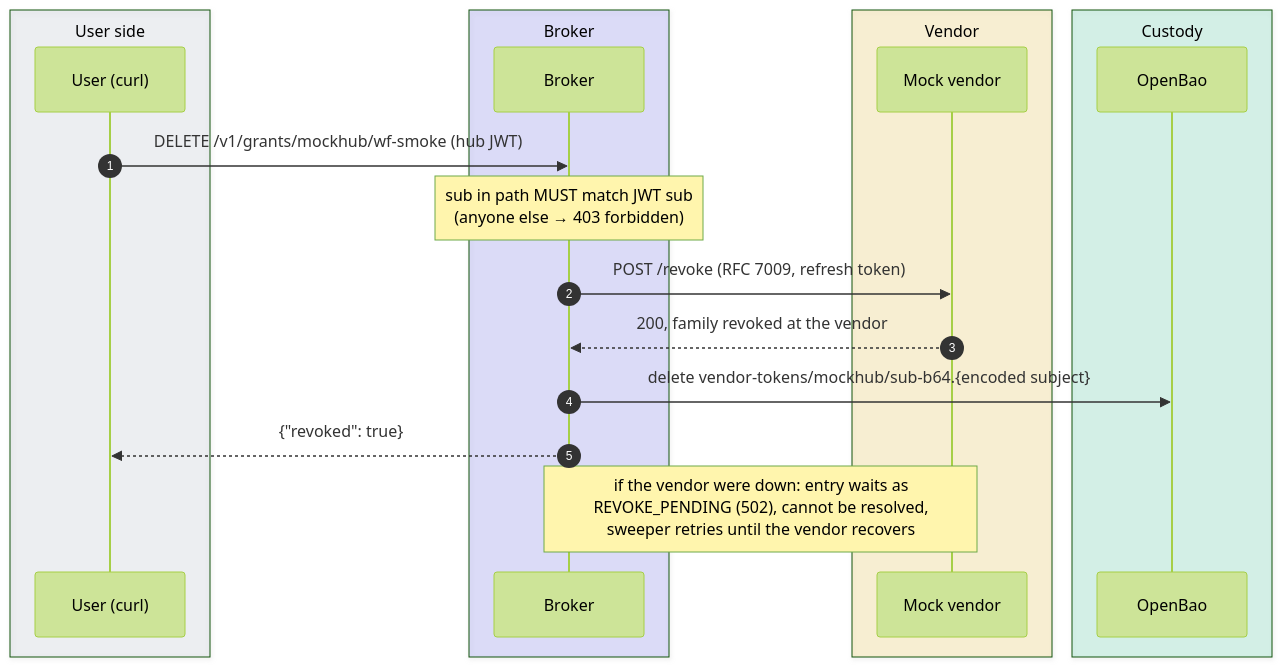
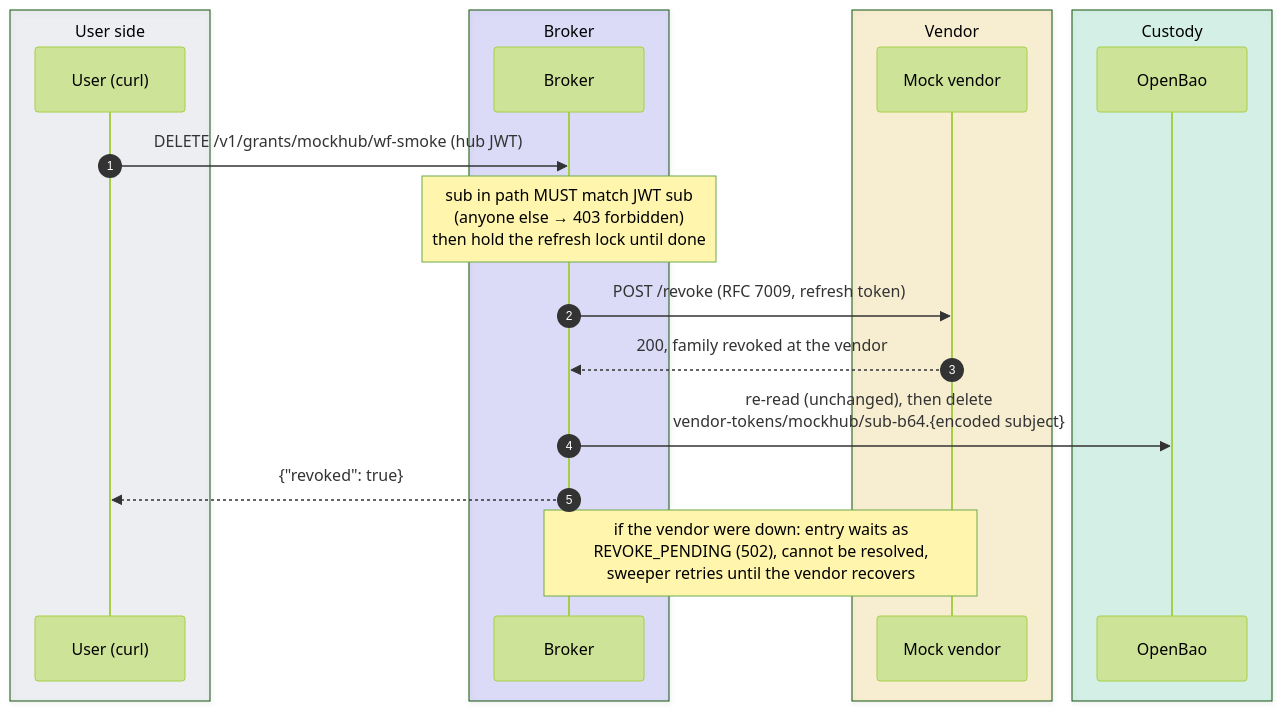
Before and after one commit to chief-builder/vendor-token-broker: the sixth of 7 diagrams in docs/smoke-tests.md, drawn with Mermaid (forest theme). The commit also changed other lines of this file and 26 other files, not shown here.

````diff
--- a/docs/smoke-tests.md
+++ b/docs/smoke-tests.md
@@ -441,23 +445,23 @@
 ```mermaid
 sequenceDiagram
     autonumber
     box rgba(148,163,184,0.14) User side
         participant U as User (curl)
     end
     box rgba(99,102,241,0.20) Broker
         participant B as Broker
     end
     box rgba(234,179,8,0.16) Vendor
         participant M as Mock vendor
     end
     box rgba(16,185,129,0.16) Custody
         participant V as OpenBao
     end
     U->>B: DELETE /v1/grants/mockhub/wf-smoke (hub JWT)
-    Note over B: sub in path MUST match JWT sub<br/>(anyone else → 403 forbidden)
+    Note over B: sub in path MUST match JWT sub<br/>(anyone else → 403 forbidden)<br/>then hold the refresh lock until done
     B->>M: POST /revoke (RFC 7009, refresh token)
     M-->>B: 200, family revoked at the vendor
-    B->>V: delete vendor-tokens/mockhub/sub-b64.{encoded subject}
+    B->>V: re-read (unchanged), then delete<br/>vendor-tokens/mockhub/sub-b64.{encoded subject}
     B-->>U: {"revoked": true}
     Note over B,M: if the vendor were down: entry waits as<br/>REVOKE_PENDING (502), cannot be resolved,<br/>sweeper retries until the vendor recovers
 ```
````
